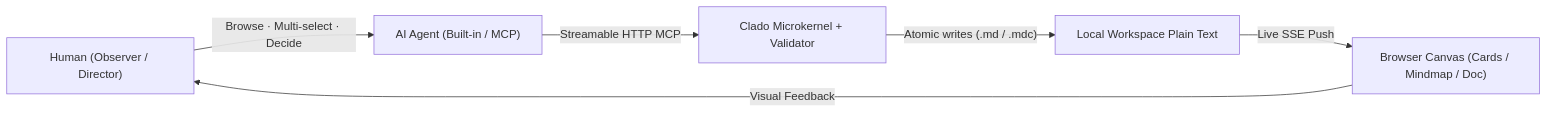
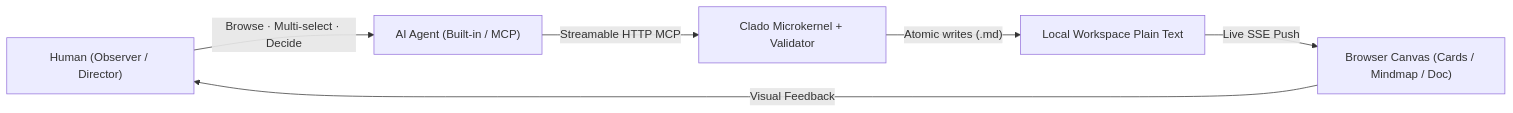
One commit to GodShelvis/clado-docs changed the diagram in docs/en/guide/what-is-clado.md. Above: the diagram before and after it, drawn with Mermaid. The commit also changed other lines of this file and 38 other files, not shown here.

````diff
--- a/docs/en/guide/what-is-clado.md
+++ b/docs/en/guide/what-is-clado.md
@@ -13,8 +13,8 @@
 ```mermaid
 flowchart LR
   H["Human (Observer / Director)"] -->|"Browse · Multi-select · Decide"| A["AI Agent (Built-in / MCP)"]
   A -->|"Streamable HTTP MCP"| S["Clado Microkernel + Validator"]
-  S -->|"Atomic writes (.md / .mdc)"| F["Local Workspace Plain Text"]
+  S -->|"Atomic writes (.md)"| F["Local Workspace Plain Text"]
   F -->|"Live SSE Push"| C["Browser Canvas (Cards / Mindmap / Doc)"]
   C -->|"Visual Feedback"| H
 ```
````
